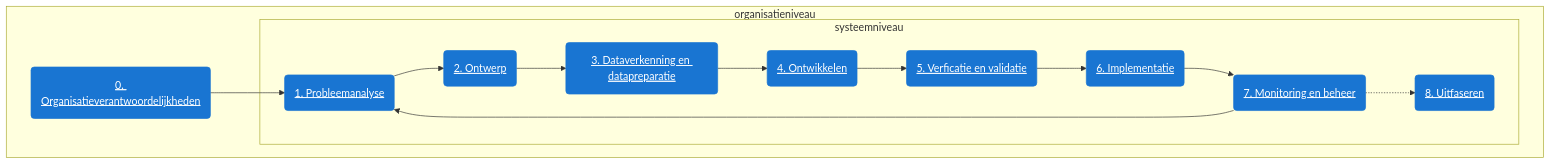
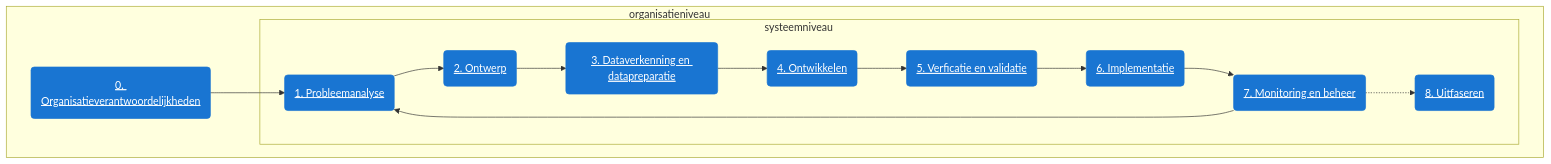
Before and after one commit to MinBZK/Algoritmekader: the diagram in docs/levenscyclus/index.md, drawn with Mermaid.

Commit message:
fix alignment

````diff
--- a/docs/levenscyclus/index.md
+++ b/docs/levenscyclus/index.md
@@ -42,40 +42,40 @@
 ```mermaid
 
   flowchart TD
-      subgraph organisatieniveau
+      subgraph organisatieniveau [organisatieniveau &nbsp&nbsp&nbsp&nbsp&nbsp&nbsp&nbsp&nbsp&nbsp&nbsp&nbsp&nbsp&nbsp&nbsp&nbsp&nbsp&nbsp&nbsp&nbsp&nbsp&nbsp&nbsp&nbsp&nbsp&nbsp&nbsp&nbsp&nbsp&nbsp&nbsp&nbsp&nbsp&nbsp&nbsp&nbsp&nbsp&nbsp&nbsp&nbsp&nbsp&nbsp&nbsp&nbsp&nbsp&nbsp&nbsp&nbsp&nbsp&nbsp&nbsp&nbsp&nbsp&nbsp&nbsp&nbsp&nbsp&nbsp&nbsp&nbsp&nbsp&nbsp&nbsp&nbsp&nbsp&nbsp&nbsp&nbsp&nbsp&nbsp&nbsp&nbsp&nbsp&nbsp&nbsp&nbsp&nbsp&nbsp]
         0(0. Organisatieverantwoordelijkheden) --> 1(1. Probleemanalyse);
-        subgraph systeemniveau [systeemniveau&nbsp&nbsp&nbsp&nbsp&nbsp&nbsp&nbsp&nbsp&nbsp&nbsp&nbsp&nbsp&nbsp&nbsp&nbsp]
+        subgraph systeemniveau [systeemniveau &nbsp&nbsp&nbsp&nbsp&nbsp&nbsp&nbsp&nbsp&nbsp&nbsp&nbsp&nbsp&nbsp&nbsp&nbsp&nbsp&nbsp&nbsp&nbsp&nbsp&nbsp&nbsp&nbsp&nbsp&nbsp&nbsp&nbsp&nbsp&nbsp&nbsp&nbsp&nbsp&nbsp&nbsp&nbsp&nbsp&nbsp&nbsp&nbsp&nbsp&nbsp&nbsp&nbsp&nbsp&nbsp&nbsp&nbsp&nbsp&nbsp&nbsp&nbsp&nbsp&nbsp&nbsp&nbsp&nbsp&nbsp&nbsp&nbsp&nbsp&nbsp&nbsp&nbsp&nbsp&nbsp&nbsp]
           7(7. Monitoring en beheer) --> 1(1. Probleemanalyse);
           1(1. Probleemanalyse) --> 2(2. Ontwerp);
           2(2. Ontwerp) --> 3(3. Dataverkenning en datapreparatie);
           3(3. Dataverkenning en datapreparatie) --> 4(4. Ontwikkelen);
           4(4. Ontwikkelen) --> 5(5. Verficatie en validatie);
           5(5. Verficatie en validatie) --> 6(6. Implementatie);
           6(6. Implementatie) --> 7(7. Monitoring en beheer);
           7(7. Monitoring en beheer) -.-> 8(8. Uitfaseren);
         end
       end
 
       click 0 href "organisatieverantwoordelijkheden"
       click 1 href "probleemanalyse"
       click 2 href "ontwerp"
       click 3 href "dataverkenning-en-datapreparatie"
       click 4 href "ontwikkelen"
       click 5 href "verificatie-en-validatie"
       click 6 href "implementatie"
       click 7 href "monitoring-en-beheer"
       click 8 href "uitfaseren"
 
       style 0 color:#fff, fill:#1975d2, stroke:#1975d2, text-decoration:underline;
       style 1 color:#fff, fill:#1975d2, stroke:#1975d2, text-decoration:underline;
       style 2 color:#fff, fill:#1975d2, stroke:#1975d2, text-decoration:underline;
       style 3 color:#fff, fill:#1975d2, stroke:#1975d2, text-decoration:underline;
       style 4 color:#fff, fill:#1975d2, stroke:#1975d2, text-decoration:underline;
       style 5 color:#fff, fill:#1975d2, stroke:#1975d2, text-decoration:underline;
       style 6 color:#fff, fill:#1975d2, stroke:#1975d2, text-decoration:underline;
       style 7 color:#fff, fill:#1975d2, stroke:#1975d2, text-decoration:underline;
       style 8 color:#fff, fill:#1975d2, stroke:#1975d2, text-decoration:underline;
 
       style organisatieniveau fill:transparant
 
 ```
````
